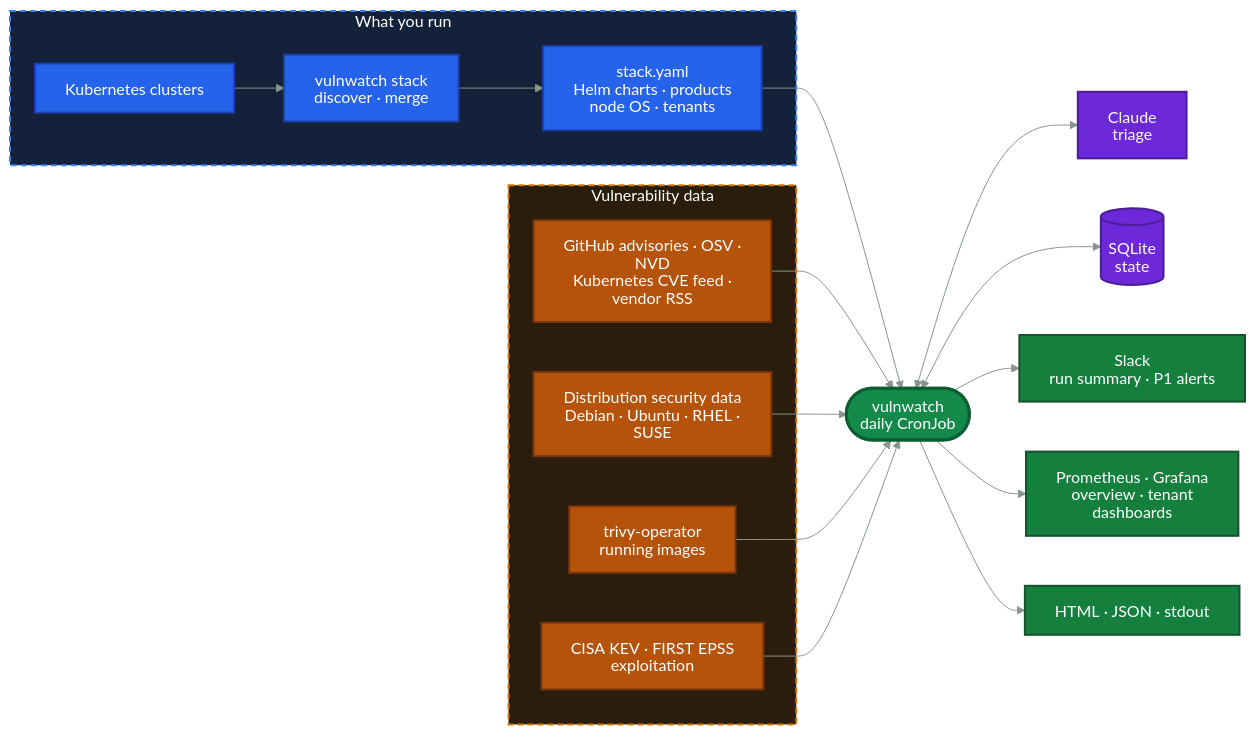
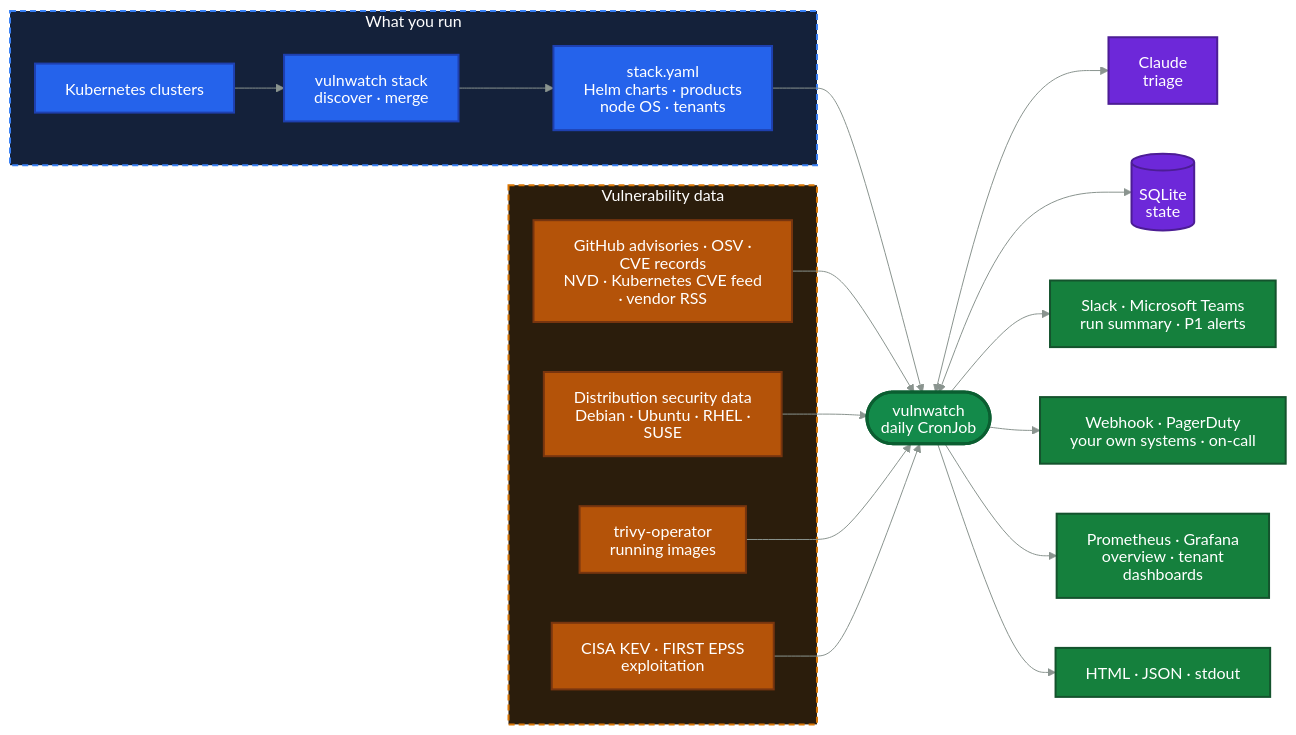
One commit to vasops/vulnwatch changed the diagram in README.md. Above: the diagram before and after it, drawn with Mermaid. The commit also changed other lines of this file, not shown here.

Commit message:
docs(README.md): Add the missing outputs, weekly report, news and CVE records

````diff
--- a/README.md
+++ b/README.md
@@ -37,42 +37,43 @@
 ```mermaid
 %%{init: {"htmlLabels": false, "flowchart": {"htmlLabels": false}, "theme": "base", "themeVariables": {"lineColor": "#8A948F", "titleColor": "#FFFFFF", "primaryTextColor": "#FFFFFF", "textColor": "#7A8781"}}}%%
 flowchart LR
   subgraph you["What you run"]
     clusters["Kubernetes clusters"]
     disc["vulnwatch stack<br/>discover · merge"]
     stack["stack.yaml<br/>Helm charts · products<br/>node OS · tenants"]
   end
   subgraph feeds["Vulnerability data"]
-    adv["GitHub advisories · OSV · NVD<br/>Kubernetes CVE feed · vendor RSS"]
+    adv["GitHub advisories · OSV · CVE records<br/>NVD · Kubernetes CVE feed · vendor RSS"]
     distro["Distribution security data<br/>Debian · Ubuntu · RHEL · SUSE"]
     trivy["trivy-operator<br/>running images"]
     exploit["CISA KEV · FIRST EPSS<br/>exploitation"]
   end
   clusters --> disc --> stack
   stack --> vw
   adv --> vw
   distro --> vw
   trivy --> vw
   exploit --> vw
   vw(["vulnwatch<br/>daily CronJob"])
   vw <--> claude["Claude<br/>triage"]
   vw <--> db[("SQLite<br/>state")]
-  vw --> slack["Slack<br/>run summary · P1 alerts"]
+  vw --> chat["Slack · Microsoft Teams<br/>run summary · P1 alerts"]
+  vw --> hooks["Webhook · PagerDuty<br/>your own systems · on-call"]
   vw --> grafana["Prometheus · Grafana<br/>overview · tenant dashboards"]
   vw --> reports["HTML · JSON · stdout"]
 
   classDef input fill:#2563EB,stroke:#1E40AF,stroke-width:2px,color:#FFFFFF
   classDef source fill:#B45309,stroke:#78350F,stroke-width:2px,color:#FFFFFF
   classDef core fill:#138A4A,stroke:#0B5E31,stroke-width:3px,color:#FFFFFF,font-weight:bold
   classDef output fill:#15803D,stroke:#14532D,stroke-width:2px,color:#FFFFFF
   classDef support fill:#6D28D9,stroke:#4C1D95,stroke-width:2px,color:#FFFFFF
   classDef muted fill:#52525B,stroke:#27272A,stroke-width:2px,color:#FFFFFF
   classDef decision fill:#1F2937,stroke:#0B1410,stroke-width:2px,color:#FFFFFF
   class clusters,disc,stack input
   class adv,distro,trivy,exploit source
   class vw core
   class claude,db support
-  class slack,grafana,reports output
+  class chat,hooks,grafana,reports output
   style you fill:#14213A,stroke:#3B82F6,color:#FFFFFF,stroke-width:2px,stroke-dasharray:6 4
   style feeds fill:#2B1D0C,stroke:#D97706,color:#FFFFFF,stroke-width:2px,stroke-dasharray:6 4
 ```
````
